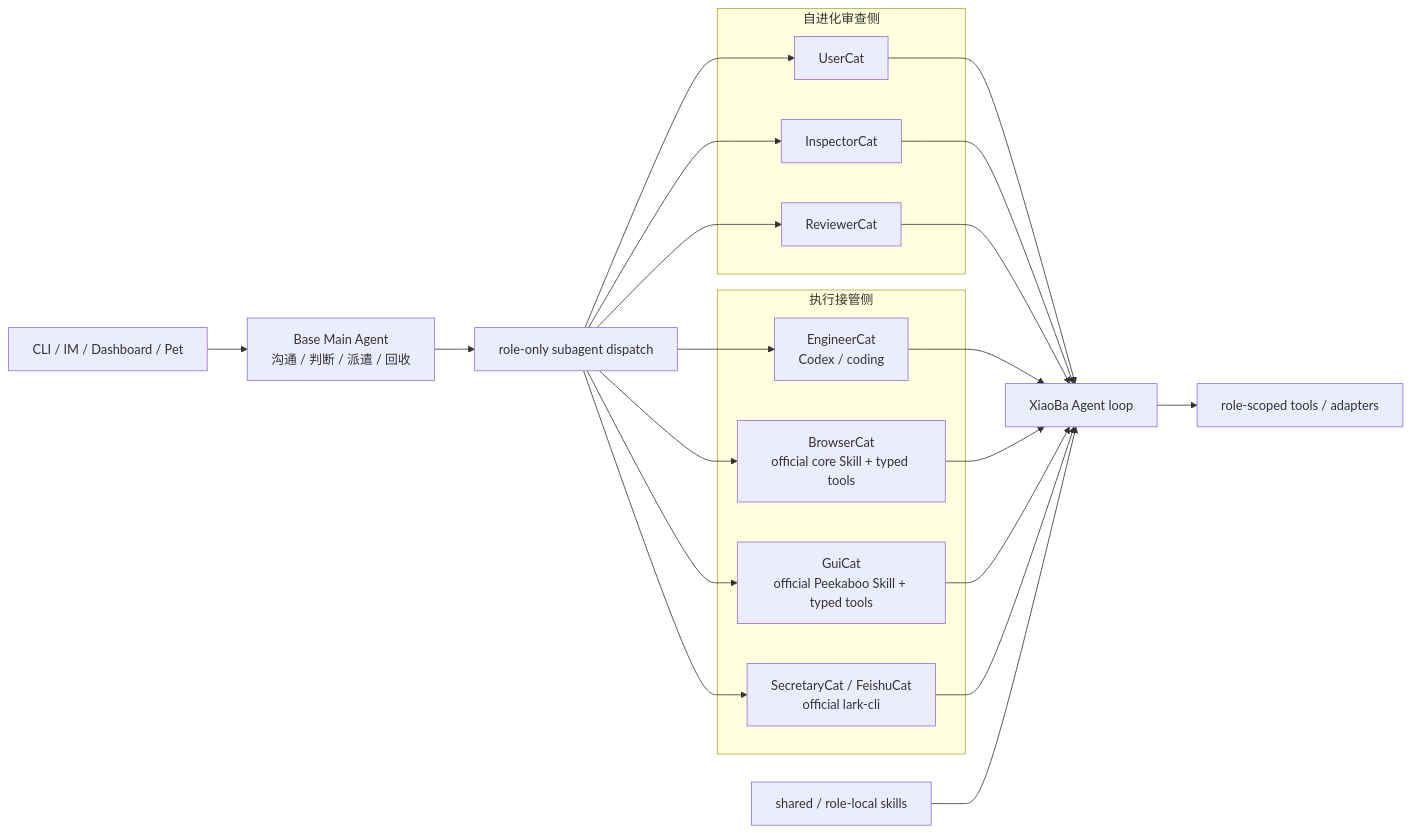
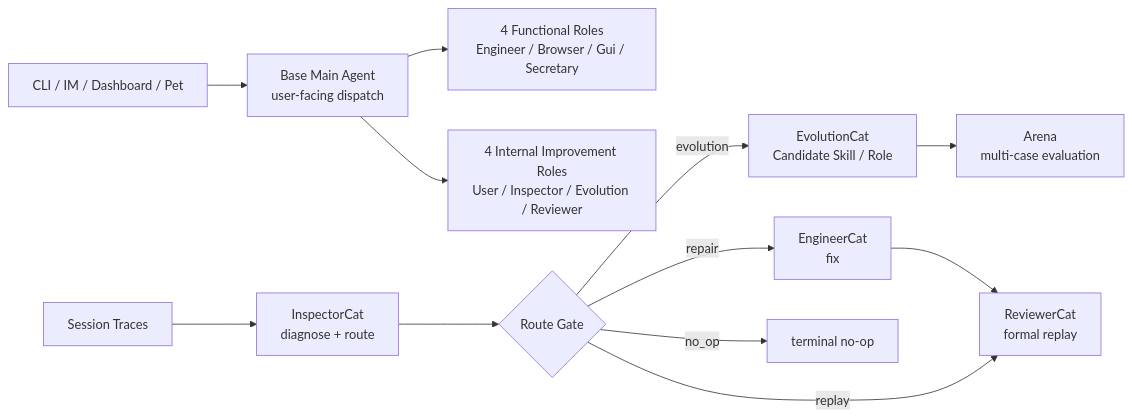
Before and after one commit to fightheyyy/XiaoBa-CLI: the first of 2 diagrams in docs/roles-skills/SPEC.md, drawn with Mermaid. The commit also changed other lines of this file and 103 other files, not shown here.

````diff
--- a/docs/roles-skills/SPEC.md
+++ b/docs/roles-skills/SPEC.md
@@ -36,37 +36,15 @@
 ```mermaid
 flowchart LR
-    Surface["CLI / IM / Dashboard / Pet"] --> Base["Base Main Agent<br/>沟通 / 判断 / 派遣 / 回收"]
-    Base --> Dispatch["role-only subagent dispatch"]
+    Surface["CLI / IM / Dashboard / Pet"] --> Base["Base Main Agent<br/>user-facing dispatch"]
+    Base --> Functional["4 Functional Roles<br/>Engineer / Browser / Gui / Secretary"]
+    Base --> Internal["4 Internal Improvement Roles<br/>User / Inspector / Evolution / Reviewer"]
 
-    subgraph Review["自进化审查侧"]
-        UserCat["UserCat"]
-        Inspector["InspectorCat"]
-        Reviewer["ReviewerCat"]
-    end
-
-    subgraph Execution["执行接管侧"]
-        Engineer["EngineerCat<br/>Codex / coding"]
-        Browser["BrowserCat<br/>official core Skill + typed tools"]
-        GUI["GuiCat<br/>official Peekaboo Skill + typed tools"]
-        Secretary["SecretaryCat / FeishuCat<br/>official lark-cli"]
-    end
-
-    Dispatch --> UserCat
-    Dispatch --> Inspector
-    Dispatch --> Reviewer
-    Dispatch --> Engineer
-    Dispatch --> Browser
-    Dispatch --> GUI
-    Dispatch --> Secretary
-
-    UserCat --> SharedLoop["XiaoBa Agent loop"]
-    Inspector --> SharedLoop
-    Reviewer --> SharedLoop
-    Engineer --> SharedLoop
-    Browser --> SharedLoop
-    GUI --> SharedLoop
-    Secretary --> SharedLoop
-
-    SharedSkills["shared / role-local skills"] --> SharedLoop
-    SharedLoop --> Tools["role-scoped tools / adapters"]
+    Traces["Session Traces"] --> Inspector["InspectorCat<br/>diagnose + route"]
+    Inspector --> Gate{"Route Gate"}
+    Gate -->|evolution| Evolution["EvolutionCat<br/>Candidate Skill / Role"]
+    Evolution --> Arena["Arena<br/>multi-case evaluation"]
+    Gate -->|repair| Engineer["EngineerCat<br/>fix"]
+    Engineer --> Reviewer["ReviewerCat<br/>formal replay"]
+    Gate -->|replay| Reviewer
+    Gate -->|no_op| NoOp["terminal no-op"]
 ```
````
